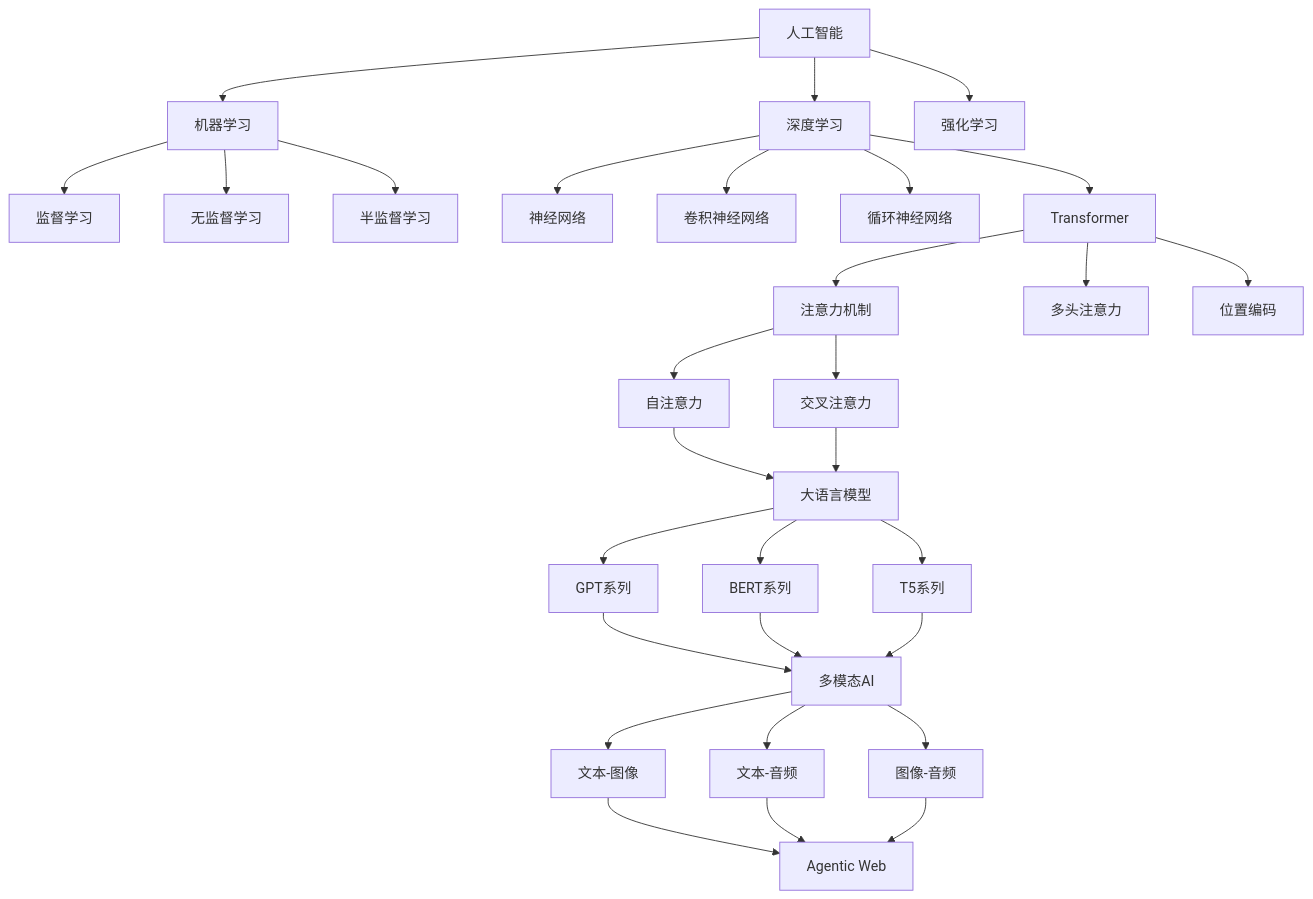
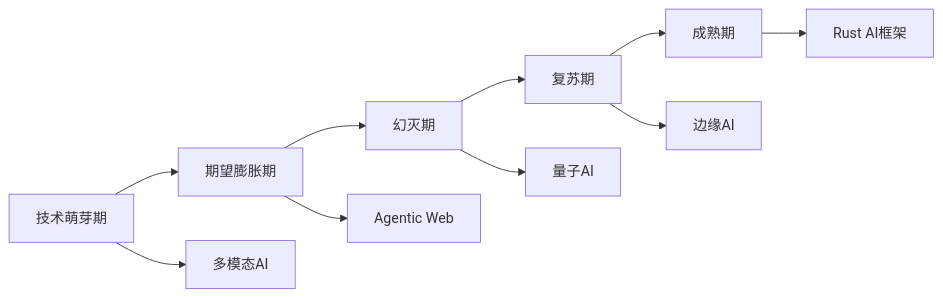
The first of 3 diagrams in docs/03_tech_trends/2025_ai_rust_technology_trends_comprehensive_report.md (AdaMartin18010/AI_rust), drawn with Mermaid before and after one commit. The commit also changed other lines of this file and 10 other files, not shown here.

````diff
--- a/docs/03_tech_trends/2025_ai_rust_technology_trends_comprehensive_report.md
+++ b/docs/03_tech_trends/2025_ai_rust_technology_trends_comprehensive_report.md
@@ -164,41 +276,13 @@
 ```mermaid
-graph TD
-    A[人工智能] --> B[机器学习]
-    A --> C[深度学习]
-    A --> D[强化学习]
+graph LR
+    A[技术萌芽期] --> B[期望膨胀期]
+    B --> C[幻灭期]
+    C --> D[复苏期]
+    D --> E[成熟期]
     
-    B --> E[监督学习]
-    B --> F[无监督学习]
-    B --> G[半监督学习]
-    
-    C --> H[神经网络]
-    C --> I[卷积神经网络]
-    C --> J[循环神经网络]
-    C --> K[Transformer]
-    
-    K --> L[注意力机制]
-    K --> M[多头注意力]
-    K --> N[位置编码]
-    
-    L --> O[自注意力]
-    L --> P[交叉注意力]
-    
-    O --> Q[大语言模型]
-    P --> Q
-    
-    Q --> R[GPT系列]
-    Q --> S[BERT系列]
-    Q --> T[T5系列]
-    
-    R --> U[多模态AI]
-    S --> U
-    T --> U
-    
-    U --> V[文本-图像]
-    U --> W[文本-音频]
-    U --> X[图像-音频]
-    
-    V --> Y[Agentic Web]
-    W --> Y
-    X --> Y
+    A --> F[多模态AI]
+    B --> G[Agentic Web]
+    C --> H[量子AI]
+    D --> I[边缘AI]
+    E --> J[Rust AI框架]
 ```
````
